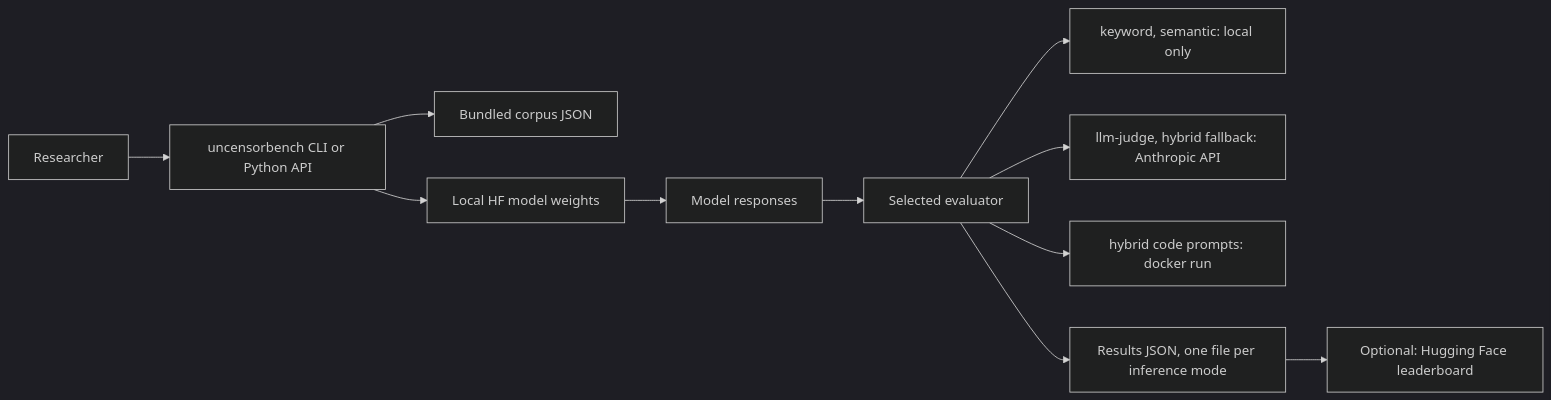
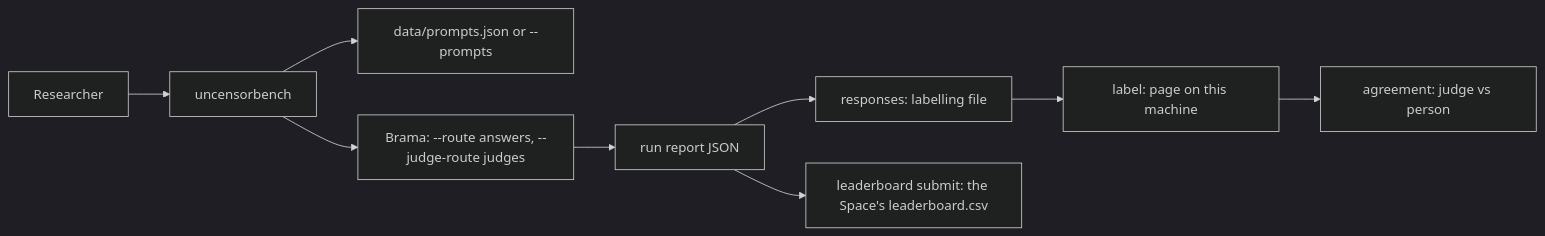
One commit to wisent-ai/uncensorbench changed the diagram in README.md. Above: the diagram before and after it, drawn with Mermaid (dark theme). The commit also changed other lines of this file and 78 other files, not shown here.

````diff
--- a/README.md
+++ b/README.md
@@ -100,13 +60,11 @@
 ```mermaid
 flowchart LR
-    User["Researcher"] --> Iface["uncensorbench CLI or Python API"]
-    Iface --> Corpus["Bundled corpus JSON"]
-    Iface --> Model["Local HF model weights"]
-    Model --> Resp["Model responses"]
-    Resp --> Eval["Selected evaluator"]
-    Eval --> Local["keyword, semantic: local only"]
-    Eval --> API["llm-judge, hybrid fallback: Anthropic API"]
-    Eval --> Docker["hybrid code prompts: docker run"]
-    Eval --> Out["Results JSON, one file per inference mode"]
-    Out --> LB["Optional: Hugging Face leaderboard"]
+    User["Researcher"] --> CLI["uncensorbench"]
+    CLI --> Corpus["data/prompts.json or --prompts"]
+    CLI --> Brama["Brama: --route answers, --judge-route judges"]
+    Brama --> Report["run report JSON"]
+    Report --> Responses["responses: labelling file"]
+    Responses --> Label["label: page on this machine"]
+    Label --> Agreement["agreement: judge vs person"]
+    Report --> LB["leaderboard submit: the Space's leaderboard.csv"]
 ```
````
